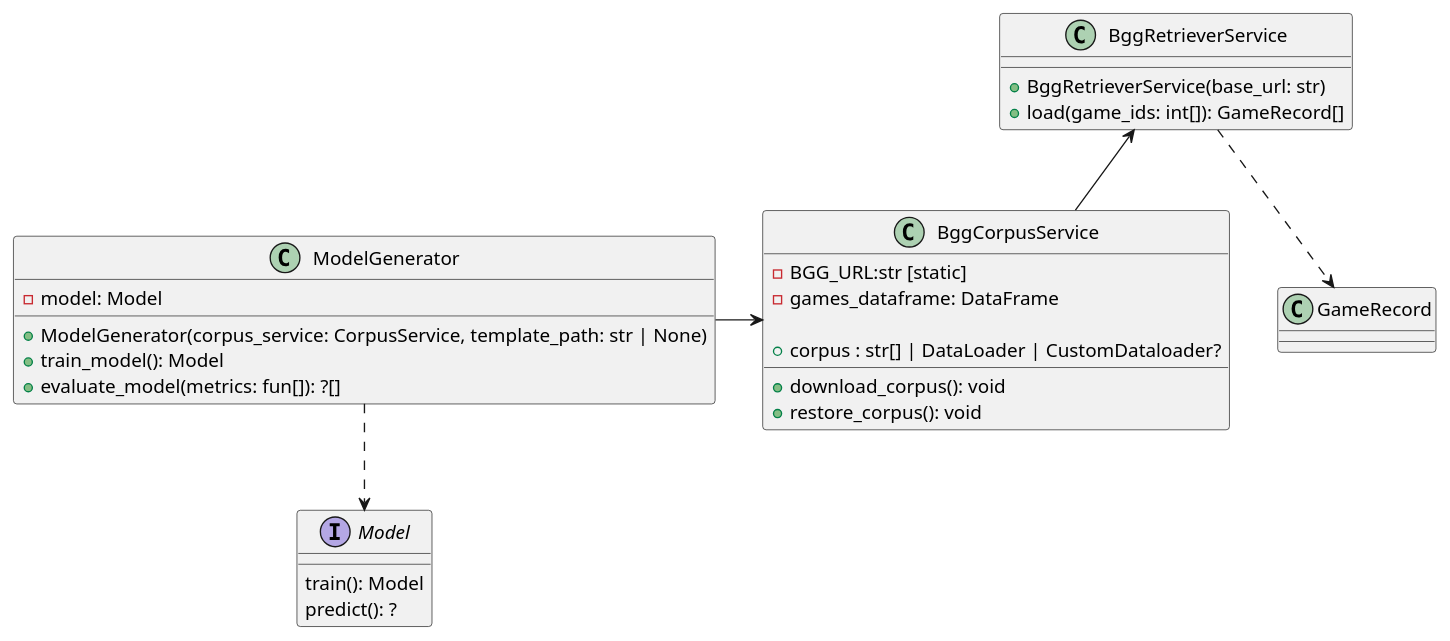
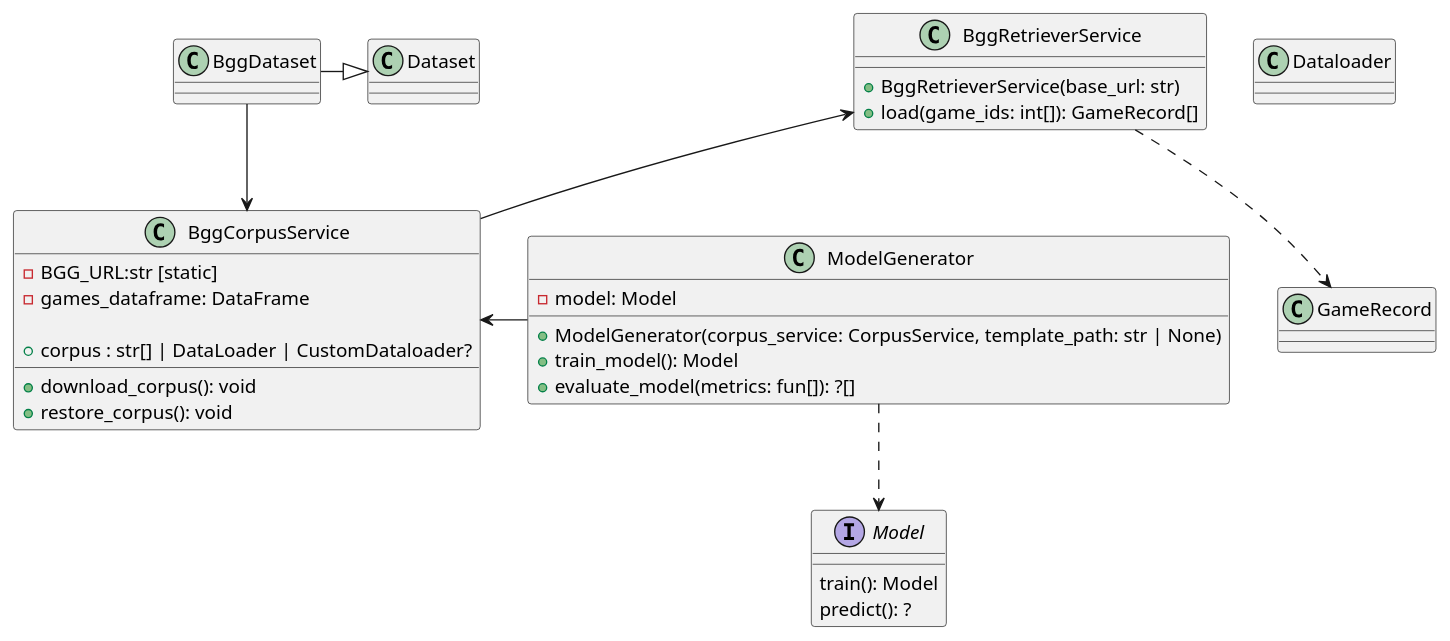
Before and after one commit to Ubriacopo/boardgames-aspect-extraction: the diagram in project-structure.puml, drawn with PlantUML. The commit also changed 10 other files, not shown here.

```diff
--- a/project-structure.puml
+++ b/project-structure.puml
@@ -1,42 +1,49 @@
 @startuml
 interface Model {
     train(): Model
     predict(): ?
 }
 
 class GameRecord {
 }
 
 class BggRetrieverService {
     + BggRetrieverService(base_url: str)
     + load(game_ids: int[]): GameRecord[]
 }
 
 BggRetrieverService ..> GameRecord
 
 class BggCorpusService {
     - BGG_URL:str [static]
     - games_dataframe: DataFrame
 
     + corpus : str[] | DataLoader | CustomDataloader?
 
     + download_corpus(): void
     + restore_corpus(): void
 
 }
 
+class Dataloader {
+}
+
+BggDataset -|> Dataset
+BggDataset --> BggCorpusService
+
 BggRetrieverService <-- BggCorpusService
+
 
 class ModelGenerator {
     - model: Model
     + ModelGenerator(corpus_service: CorpusService, template_path: str | None)
     + train_model(): Model
     + evaluate_model(metrics: fun[]): ?[]
 }
 
 ModelGenerator -> BggCorpusService
 ModelGenerator ..> Model
 
 'https://plantuml.com/class-diagram
 
 @enduml
```
